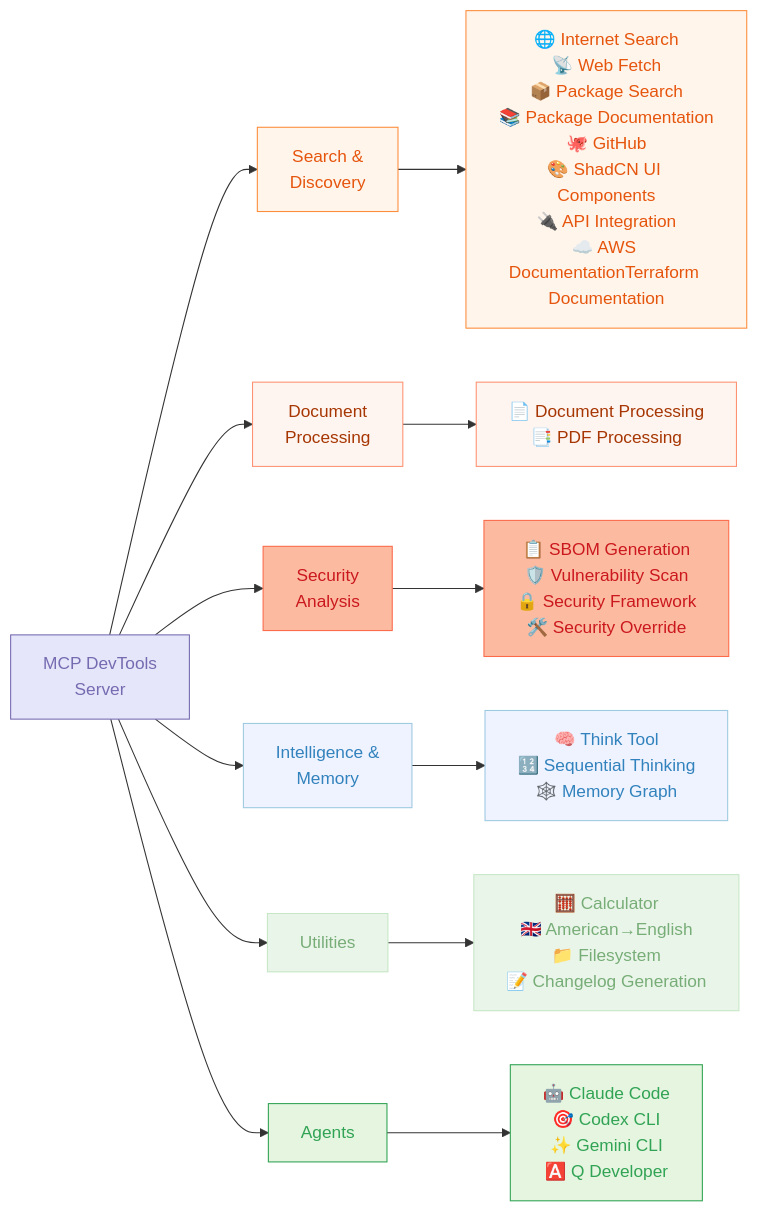
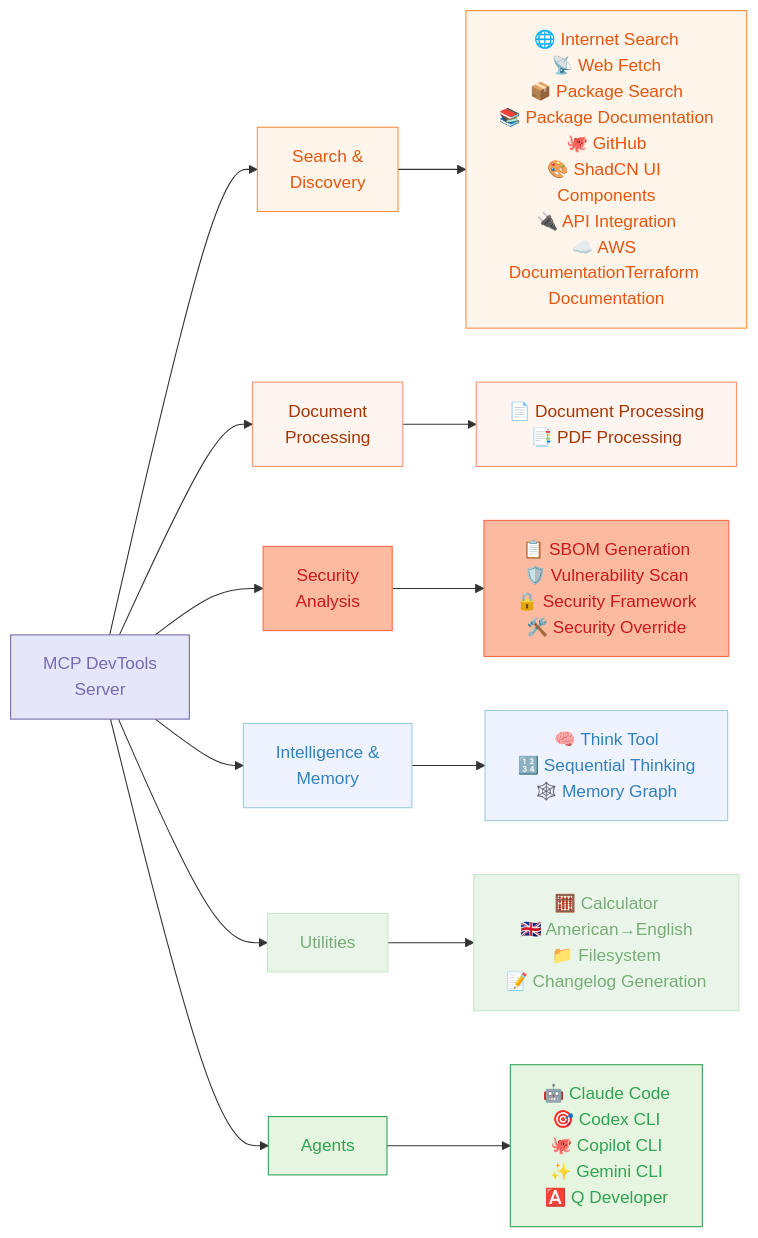
The diagram in README.md (sammcj/mcp-devtools), drawn with Mermaid before and after one commit. The commit also changed other lines of this file and 6 other files, not shown here.

````diff
--- a/README.md
+++ b/README.md
@@ -5,42 +5,42 @@
 ```mermaid
 graph LR
     A[MCP DevTools<br>Server]
 
     A --> B[Search &<br>Discovery]
     A --> C[Document<br>Processing]
     A --> D[Security<br>Analysis]
     A --> E[Intelligence &<br>Memory]
     A --> F[Utilities]
     A --> G[Agents]
 
     B --> B_Tools[🌐 Internet Search<br>📡 Web Fetch<br>📦 Package Search<br>📚 Package Documentation<br>🐙 GitHub<br>🎨 ShadCN UI Components<br>🔌 API Integration<br>☁️ AWS Documentation<br📝>Terraform Documentation]
 
     C --> C_Tools[📄 Document Processing<br>📑 PDF Processing]
 
     D --> D_Tools[📋 SBOM Generation<br>🛡️ Vulnerability Scan<br>🔒 Security Framework<br>🛠️ Security Override]
 
     E --> E_Tools[🧠 Think Tool<br>🔢 Sequential Thinking<br>🕸️ Memory Graph]
 
     F --> F_Tools[🧮 Calculator<br>🇬🇧 American→English<br>📁 Filesystem<br>📝 Changelog Generation]
 
-    G --> G_Tools[🤖 Claude Code<br>🎯 Codex CLI<br>✨ Gemini CLI<br>🅰️ Q Developer]
+    G --> G_Tools[🤖 Claude Code<br>🎯 Codex CLI<br>🐙 Copilot CLI<br>✨ Gemini CLI<br>🅰️ Q Developer]
 
     classDef inputOutput fill:#FEE0D2,stroke:#E6550D,color:#E6550D
     classDef llm fill:#E5F5E0,stroke:#31A354,color:#31A354
     classDef components fill:#E6E6FA,stroke:#756BB1,color:#756BB1
     classDef process fill:#EAF5EA,stroke:#C6E7C6,color:#77AD77
     classDef stop fill:#E5E1F2,stroke:#C7C0DE,color:#8471BF
     classDef data fill:#EFF3FF,stroke:#9ECAE1,color:#3182BD
     classDef decision fill:#FFF5EB,stroke:#FD8D3C,color:#E6550D
     classDef storage fill:#F2F0F7,stroke:#BCBDDC,color:#756BB1
     classDef api fill:#FFF5F0,stroke:#FD9272,color:#A63603
     classDef error fill:#FCBBA1,stroke:#FB6A4A,color:#CB181D
 
     class A components
     class B,B_Tools decision
     class C,C_Tools api
     class D,D_Tools error
     class E,E_Tools data
     class F,F_Tools process
     class G,G_Tools llm
 ```
````
